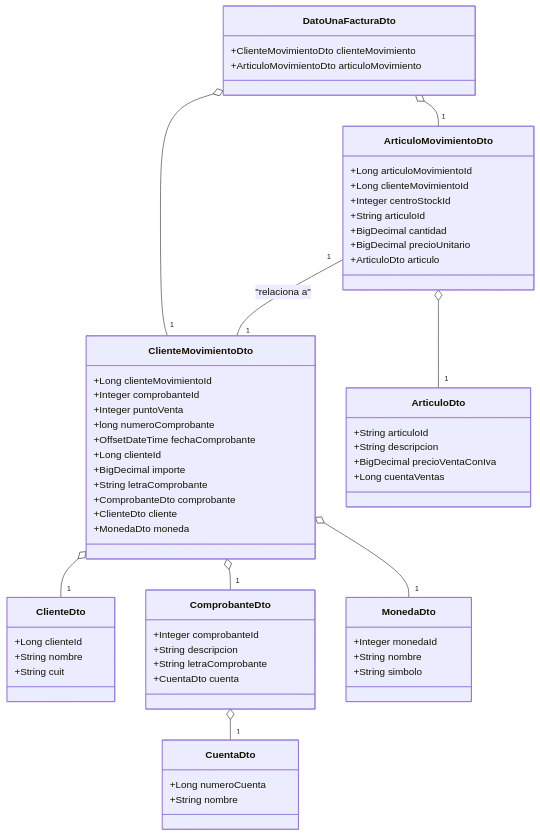
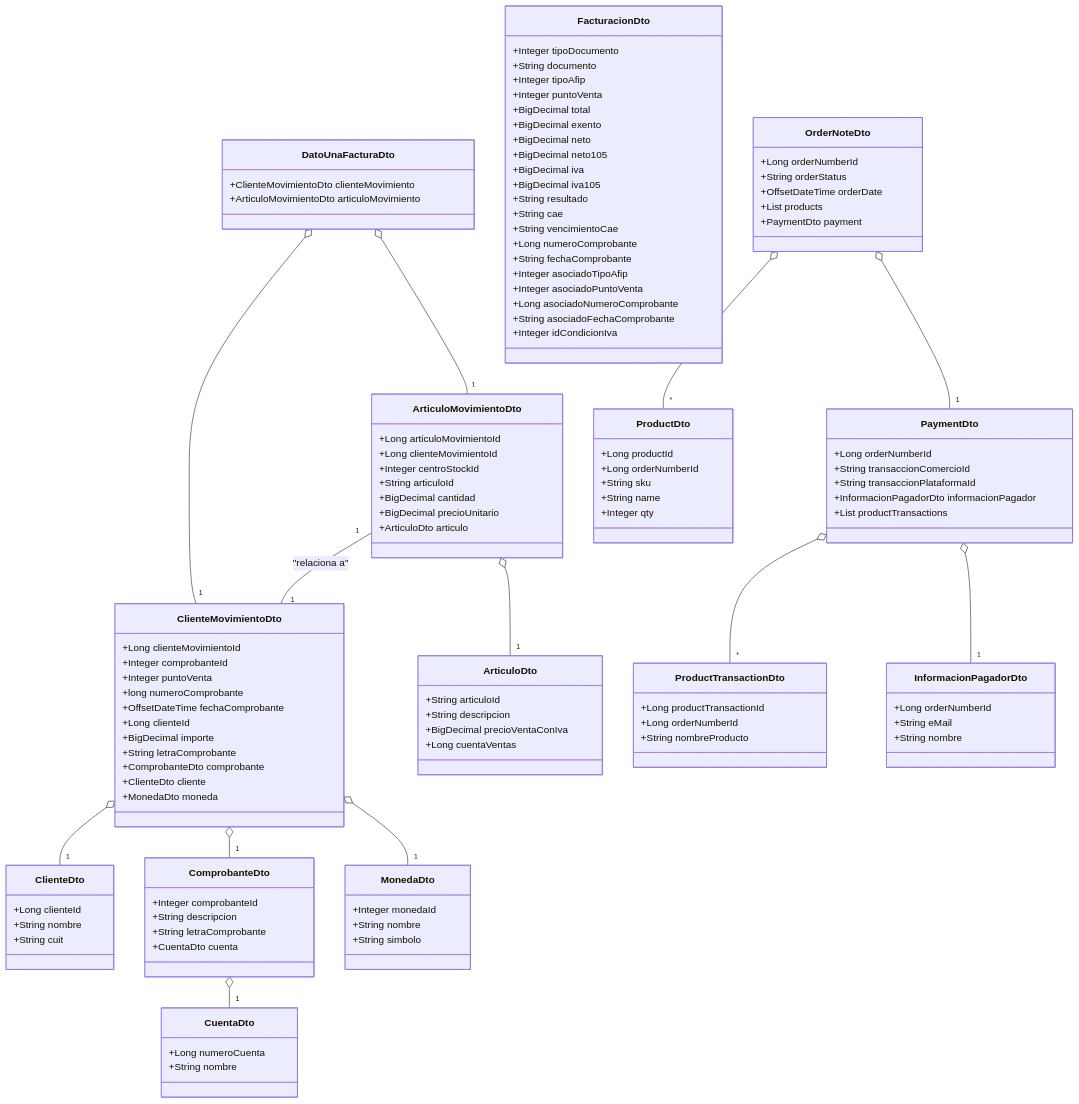
The diagram in docs/diagrams/data-model.mmd (ETEREA-services/ETEREA.isolate-service), drawn with Mermaid before and after one commit. The commit also changed 7 other files, not shown here.

```diff
--- a/docs/diagrams/data-model.mmd
+++ b/docs/diagrams/data-model.mmd
@@ -1,69 +1,132 @@
 classDiagram
     class DatoUnaFacturaDto {
         +ClienteMovimientoDto clienteMovimiento
         +ArticuloMovimientoDto articuloMovimiento
     }
 
     class ClienteMovimientoDto {
         +Long clienteMovimientoId
         +Integer comprobanteId
         +Integer puntoVenta
         +long numeroComprobante
         +OffsetDateTime fechaComprobante
         +Long clienteId
         +BigDecimal importe
         +String letraComprobante
         +ComprobanteDto comprobante
         +ClienteDto cliente
         +MonedaDto moneda
     }
 
     class ArticuloMovimientoDto {
         +Long articuloMovimientoId
         +Long clienteMovimientoId
         +Integer centroStockId
         +String articuloId
         +BigDecimal cantidad
         +BigDecimal precioUnitario
         +ArticuloDto articulo
     }
 
     class ArticuloDto {
         +String articuloId
         +String descripcion
         +BigDecimal precioVentaConIva
         +Long cuentaVentas
     }
 
     class ClienteDto {
         +Long clienteId
         +String nombre
         +String cuit
     }
 
     class ComprobanteDto {
         +Integer comprobanteId
         +String descripcion
         +String letraComprobante
         +CuentaDto cuenta
     }
     
     class CuentaDto {
         +Long numeroCuenta
         +String nombre
     }
 
     class MonedaDto {
         +Integer monedaId
         +String nombre
         +String simbolo
     }
 
+    class FacturacionDto {
+        +Integer tipoDocumento
+        +String documento
+        +Integer tipoAfip
+        +Integer puntoVenta
+        +BigDecimal total
+        +BigDecimal exento
+        +BigDecimal neto
+        +BigDecimal neto105
+        +BigDecimal iva
+        +BigDecimal iva105
+        +String resultado
+        +String cae
+        +String vencimientoCae
+        +Long numeroComprobante
+        +String fechaComprobante
+        +Integer asociadoTipoAfip
+        +Integer asociadoPuntoVenta
+        +Long asociadoNumeroComprobante
+        +String asociadoFechaComprobante
+        +Integer idCondicionIva
+    }
+
+    class OrderNoteDto {
+        +Long orderNumberId
+        +String orderStatus
+        +OffsetDateTime orderDate
+        +List<ProductDto> products
+        +PaymentDto payment
+    }
+
+    class PaymentDto {
+        +Long orderNumberId
+        +String transaccionComercioId
+        +String transaccionPlataformaId
+        +InformacionPagadorDto informacionPagador
+        +List<ProductTransactionDto> productTransactions
+    }
+
+    class ProductDto {
+        +Long productId
+        +Long orderNumberId
+        +String sku
+        +String name
+        +Integer qty
+    }
+
+    class ProductTransactionDto {
+        +Long productTransactionId
+        +Long orderNumberId
+        +String nombreProducto
+    }
+
+    class InformacionPagadorDto {
+        +Long orderNumberId
+        +String eMail
+        +String nombre
+    }
+
     DatoUnaFacturaDto o-- "1" ClienteMovimientoDto
     DatoUnaFacturaDto o-- "1" ArticuloMovimientoDto
     ClienteMovimientoDto o-- "1" ComprobanteDto
     ClienteMovimientoDto o-- "1" ClienteDto
     ClienteMovimientoDto o-- "1" MonedaDto
     ArticuloMovimientoDto o-- "1" ArticuloDto
     ComprobanteDto o-- "1" CuentaDto
     ArticuloMovimientoDto "1" -- "1" ClienteMovimientoDto : "relaciona a"
+    OrderNoteDto o-- "*" ProductDto
+    OrderNoteDto o-- "1" PaymentDto
+    PaymentDto o-- "1" InformacionPagadorDto
+    PaymentDto o-- "*" ProductTransactionDto
```
